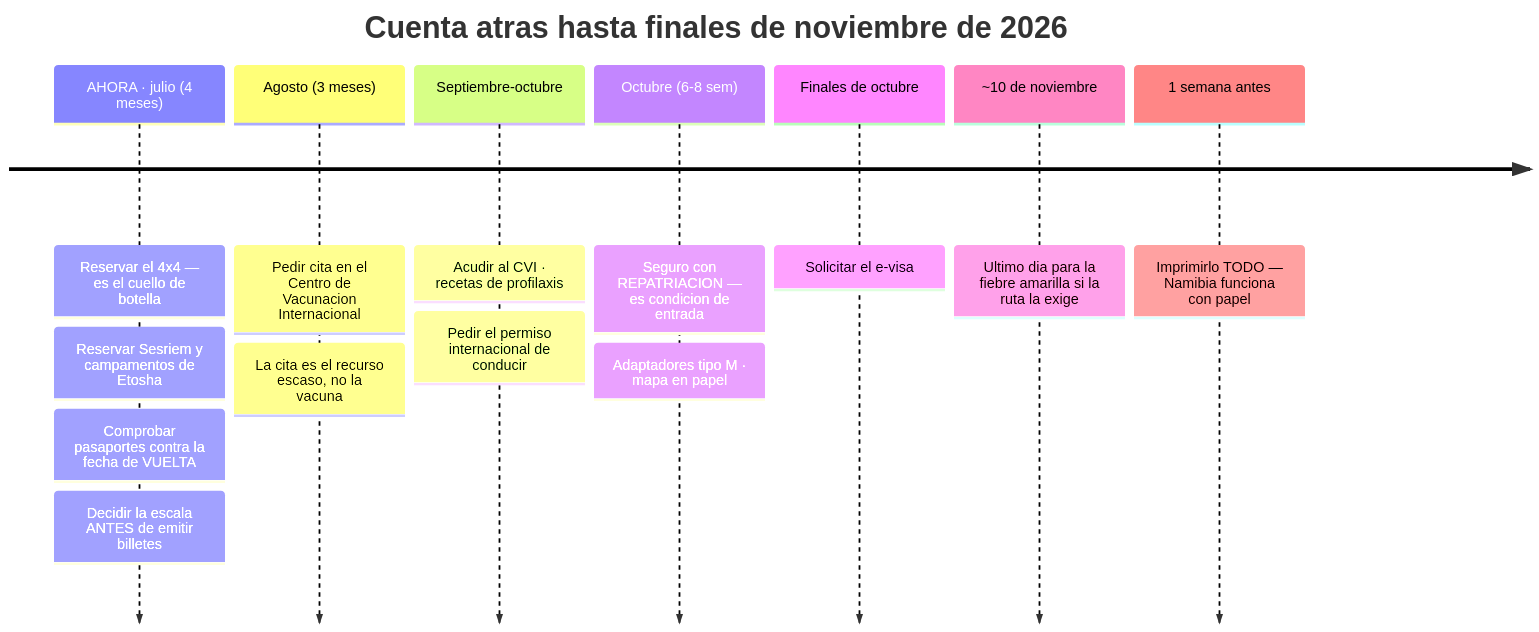
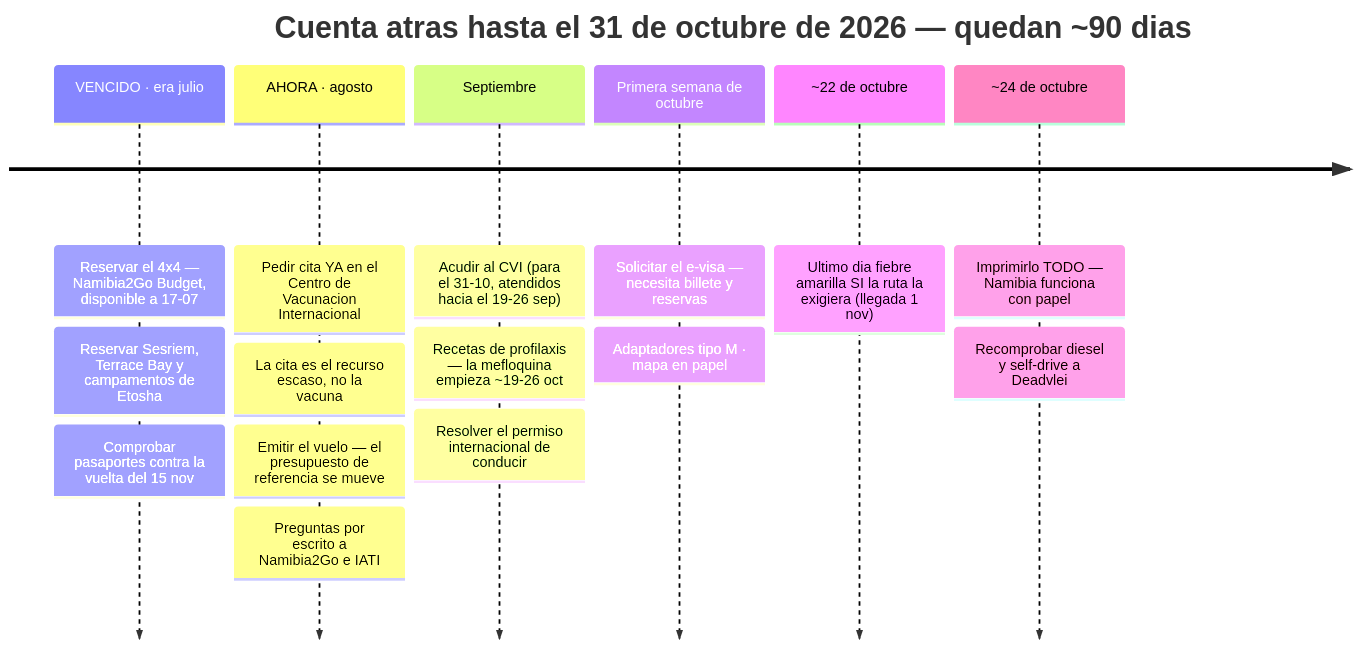
The third of 6 diagrams in 03-guia-preparacion.md (morandeirachema/namibia), drawn with Mermaid before and after one commit. The commit also changed other lines of this file, not shown here.

Commit message:
Recalcular la guia de preparacion a las fechas reales: cuenta atras al 31 de octubre y contrato Namibia2Go

````diff
--- a/03-guia-preparacion.md
+++ b/03-guia-preparacion.md
@@ -113,17 +122,19 @@
 ```mermaid
 timeline
-    title Cuenta atras hasta finales de noviembre de 2026
-    AHORA · julio (4 meses) : Reservar el 4x4 — es el cuello de botella
-                            : Reservar Sesriem y campamentos de Etosha
-                            : Comprobar pasaportes contra la fecha de VUELTA
-                            : Decidir la escala ANTES de emitir billetes
-    Agosto (3 meses) : Pedir cita en el Centro de Vacunacion Internacional
-                     : La cita es el recurso escaso, no la vacuna
-    Septiembre-octubre : Acudir al CVI · recetas de profilaxis
-                       : Pedir el permiso internacional de conducir
-    Octubre (6-8 sem) : Seguro con REPATRIACION — es condicion de entrada
-                      : Adaptadores tipo M · mapa en papel
-    Finales de octubre : Solicitar el e-visa
-    ~10 de noviembre : Ultimo dia para la fiebre amarilla si la ruta la exige
-    1 semana antes : Imprimirlo TODO — Namibia funciona con papel
+    title Cuenta atras hasta el 31 de octubre de 2026 — quedan ~90 dias
+    VENCIDO · era julio : Reservar el 4x4 — Namibia2Go Budget, disponible a 17-07
+                        : Reservar Sesriem, Terrace Bay y campamentos de Etosha
+                        : Comprobar pasaportes contra la vuelta del 15 nov
+    AHORA · agosto : Pedir cita YA en el Centro de Vacunacion Internacional
+                   : La cita es el recurso escaso, no la vacuna
+                   : Emitir el vuelo — el presupuesto de referencia se mueve
+                   : Preguntas por escrito a Namibia2Go e IATI
+    Septiembre : Acudir al CVI (para el 31-10, atendidos hacia el 19-26 sep)
+               : Recetas de profilaxis — la mefloquina empieza ~19-26 oct
+               : Resolver el permiso internacional de conducir
+    Primera semana de octubre : Solicitar el e-visa — necesita billete y reservas
+                              : Adaptadores tipo M · mapa en papel
+    ~22 de octubre : Ultimo dia fiebre amarilla SI la ruta la exigiera (llegada 1 nov)
+    ~24 de octubre : Imprimirlo TODO — Namibia funciona con papel
+                   : Recomprobar diesel y self-drive a Deadvlei
 ```
````
